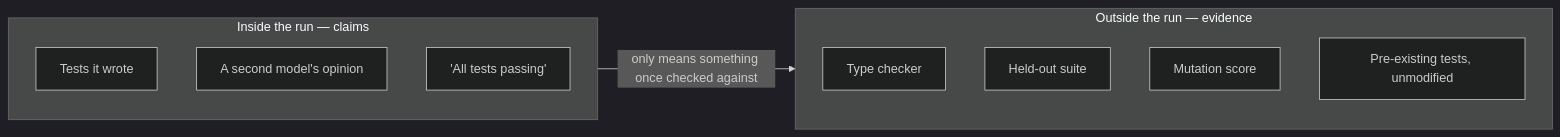
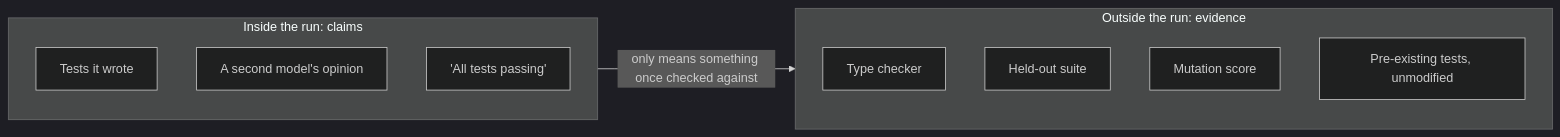
Before and after one commit to epatel/agentic-playbook: the diagram in book/part-2-plays/verification-and-trust/make-the-agent-prove-it.md, drawn with Mermaid (dark theme). The commit also changed other lines of this file and 3 other files, not shown here.

````diff
--- a/book/part-2-plays/verification-and-trust/make-the-agent-prove-it.md
+++ b/book/part-2-plays/verification-and-trust/make-the-agent-prove-it.md
@@ -43,15 +43,15 @@
 ```mermaid
 graph LR
-    subgraph IN["Inside the run — claims"]
+    subgraph IN["Inside the run: claims"]
         A["Tests it wrote"]
         J["A second model's opinion"]
         S["'All tests passing'"]
     end
-    subgraph OUT["Outside the run — evidence"]
+    subgraph OUT["Outside the run: evidence"]
         T["Type checker"]
         H["Held-out suite"]
         M["Mutation score"]
         P["Pre-existing tests, unmodified"]
     end
     IN -->|"only means something once checked against"| OUT
 ```
````
